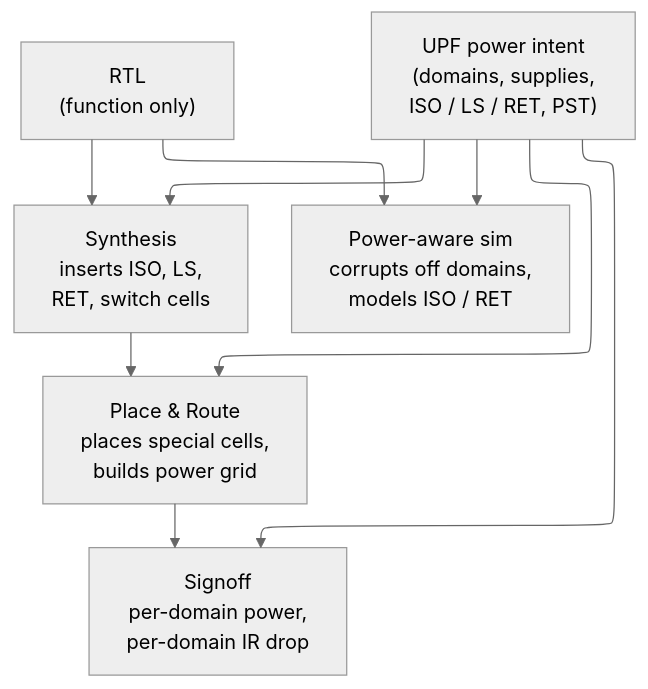
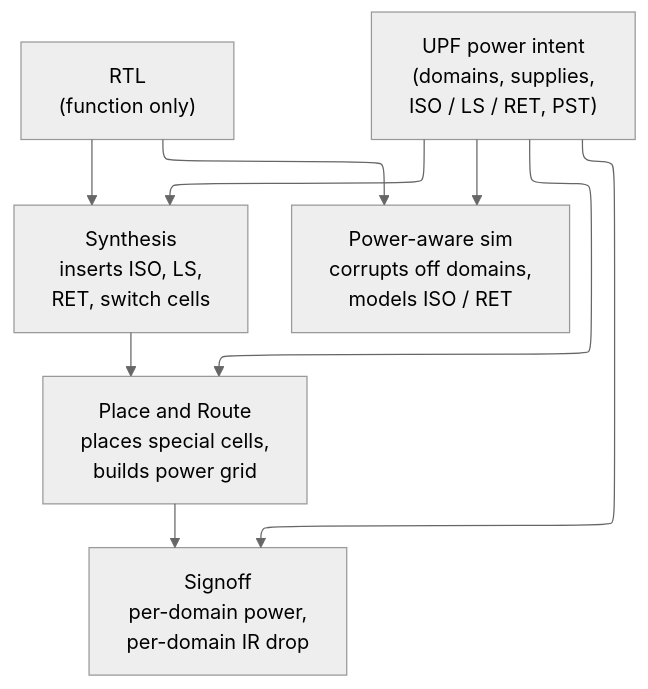
One commit to Wty2003328/silicon-design-notebook changed the first of 4 diagrams in 02_Power_and_Low_Power/05_UPF_and_CPF_Power_Intent.md. Above: the diagram before and after it, drawn with Mermaid (neutral theme). The commit also changed other lines of this file and 125 other files, not shown here.

First line of the commit message:
Complete the AMBA family, refresh the learning path, and make every figure and formula actually render

````diff
--- a/02_Power_and_Low_Power/05_UPF_and_CPF_Power_Intent.md
+++ b/02_Power_and_Low_Power/05_UPF_and_CPF_Power_Intent.md
@@ -42,13 +42,13 @@
 ```mermaid
 %%{init: {"flowchart": {"defaultRenderer": "elk", "nodeSpacing": 55, "rankSpacing": 55, "htmlLabels": false}}}%%
 flowchart TD
     RTL["RTL<br/>(function only)"]
     UPF["UPF power intent<br/>(domains, supplies,<br/>ISO / LS / RET, PST)"]
     SYN["Synthesis<br/>inserts ISO, LS,<br/>RET, switch cells"]
-    PNR["Place & Route<br/>places special cells,<br/>builds power grid"]
+    PNR["Place and Route<br/>places special cells,<br/>builds power grid"]
     SIM["Power-aware sim<br/>corrupts off domains,<br/>models ISO / RET"]
     SGN["Signoff<br/>per-domain power,<br/>per-domain IR drop"]
     RTL --> SYN & SIM
     UPF --> SYN & PNR & SIM & SGN
     SYN --> PNR --> SGN
 ```
````
